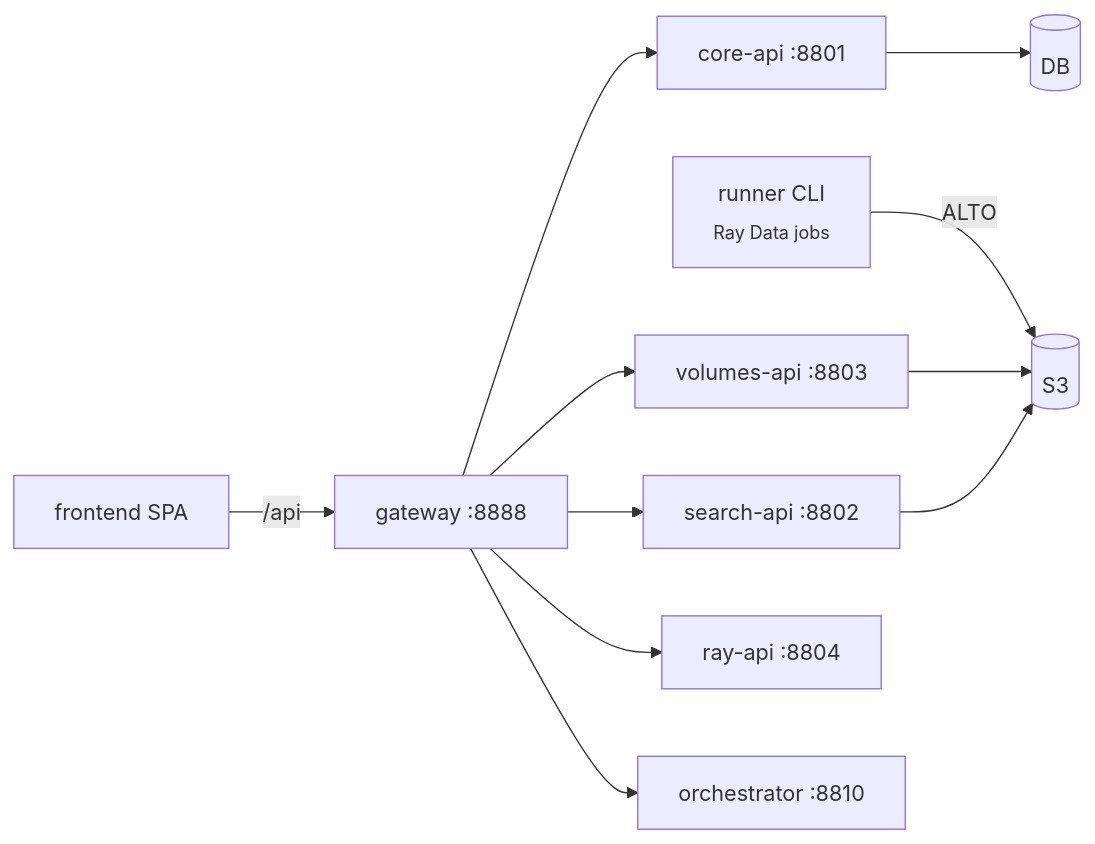
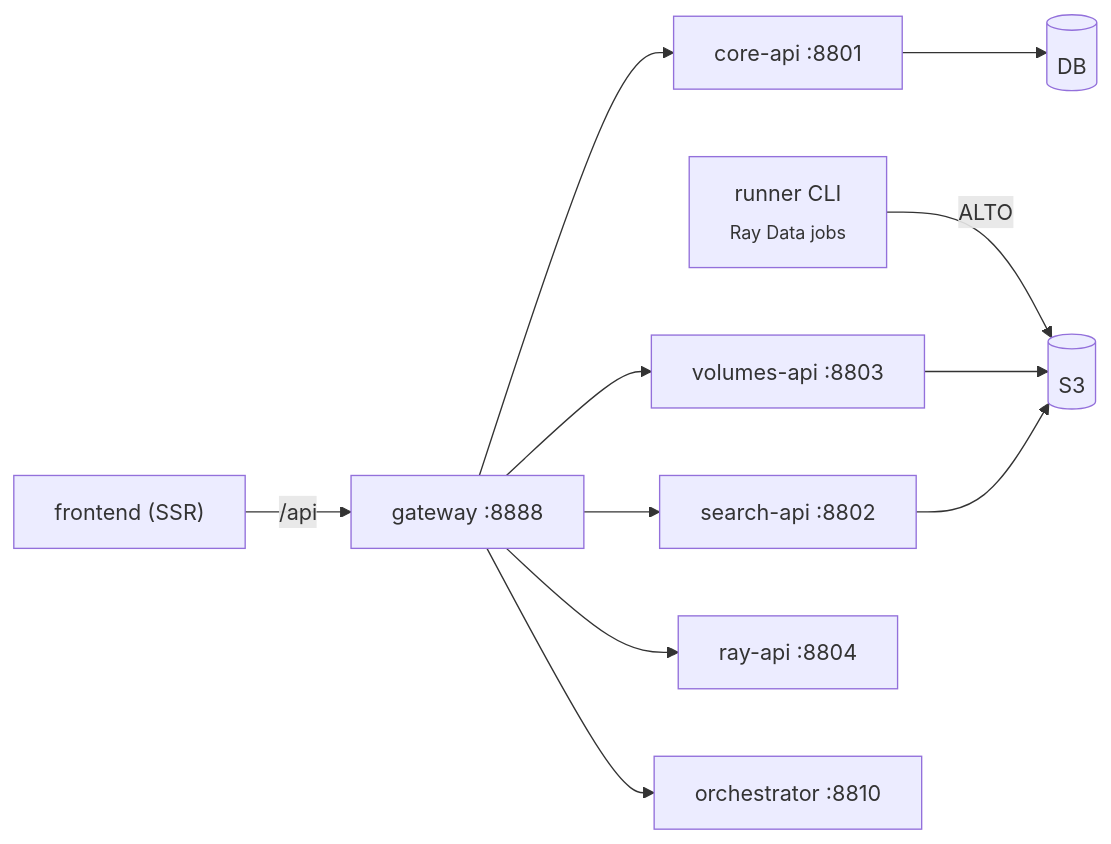
Before and after one commit to AI-Riksarkivet/rask: the diagram in docs/components/apps.md, drawn with Mermaid. The commit also changed other lines of this file and 20 other files, not shown here.

````diff
--- a/docs/components/apps.md
+++ b/docs/components/apps.md
@@ -49,13 +52,13 @@
 ```mermaid
 flowchart LR
     runner["runner CLI<br/><sub>Ray Data jobs</sub>"] -->|ALTO| s3[("S3")]
-    frontend["frontend SPA"] -->|/api| gateway["gateway :8888"]
+    frontend["frontend (SSR)"] -->|/api| gateway["gateway :8888"]
     gateway --> core_api["core-api :8801"]
     gateway --> search_api["search-api :8802"]
     gateway --> volumes_api["volumes-api :8803"]
     gateway --> ray_api["ray-api :8804"]
     gateway --> orch["orchestrator :8810"]
     core_api --> db[("DB")]
     volumes_api --> s3
     search_api --> s3
 ```
````
